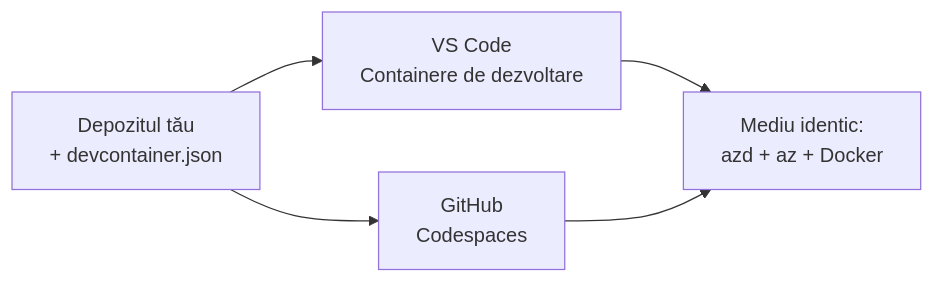
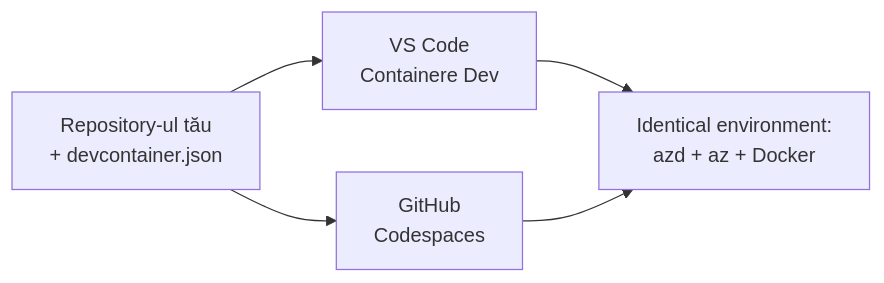
The diagram in translations/ro/docs/chapter-01-foundation/dev-containers.md (microsoft/AZD-for-beginners), drawn with Mermaid before and after one commit. The commit also changed other lines of this file and 59 other files, not shown here.

````diff
--- a/translations/ro/docs/chapter-01-foundation/dev-containers.md
+++ b/translations/ro/docs/chapter-01-foundation/dev-containers.md
@@ -41,7 +41,7 @@
 ```mermaid
 graph LR
-    Repo[Depozitul tău<br/>+ devcontainer.json] --> VSCode[VS Code<br/>Containere de dezvoltare]
+    Repo[Repository-ul tău<br/>+ devcontainer.json] --> VSCode[VS Code<br/>Containere Dev]
     Repo --> Codespaces[GitHub<br/>Codespaces]
-    VSCode --> Env[Mediu identic:<br/>azd + az + Docker]
+    VSCode --> Env[Identical environment:<br/>azd + az + Docker]
     Codespaces --> Env
 ```
````
